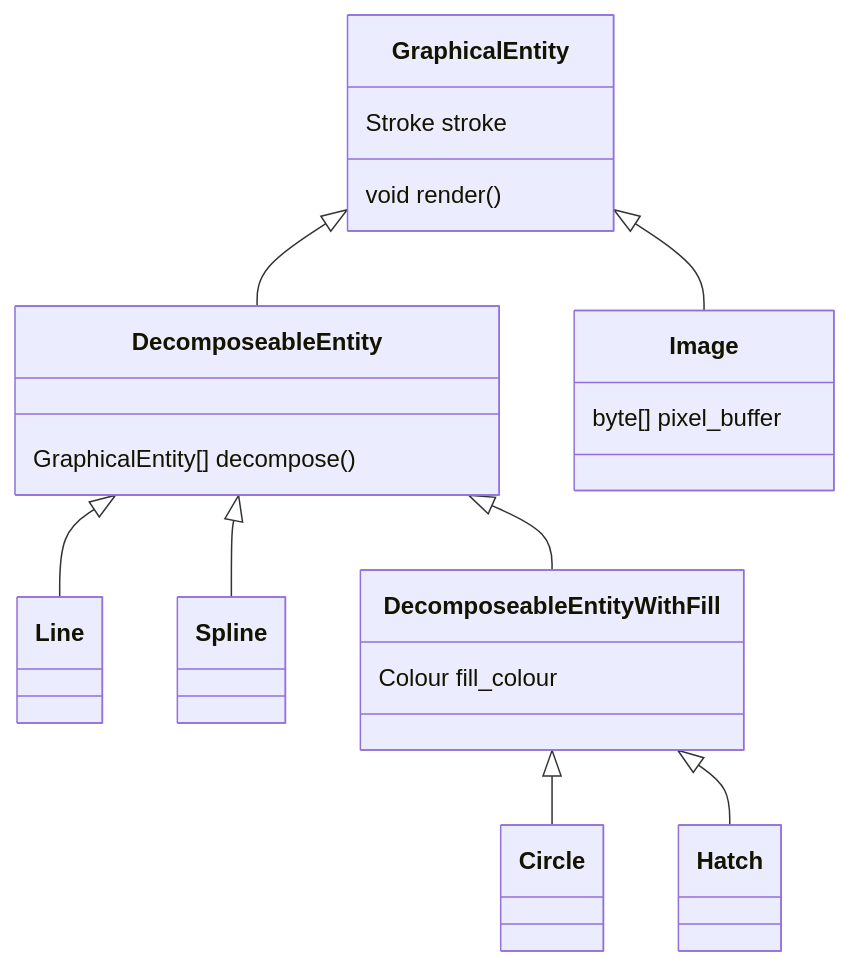
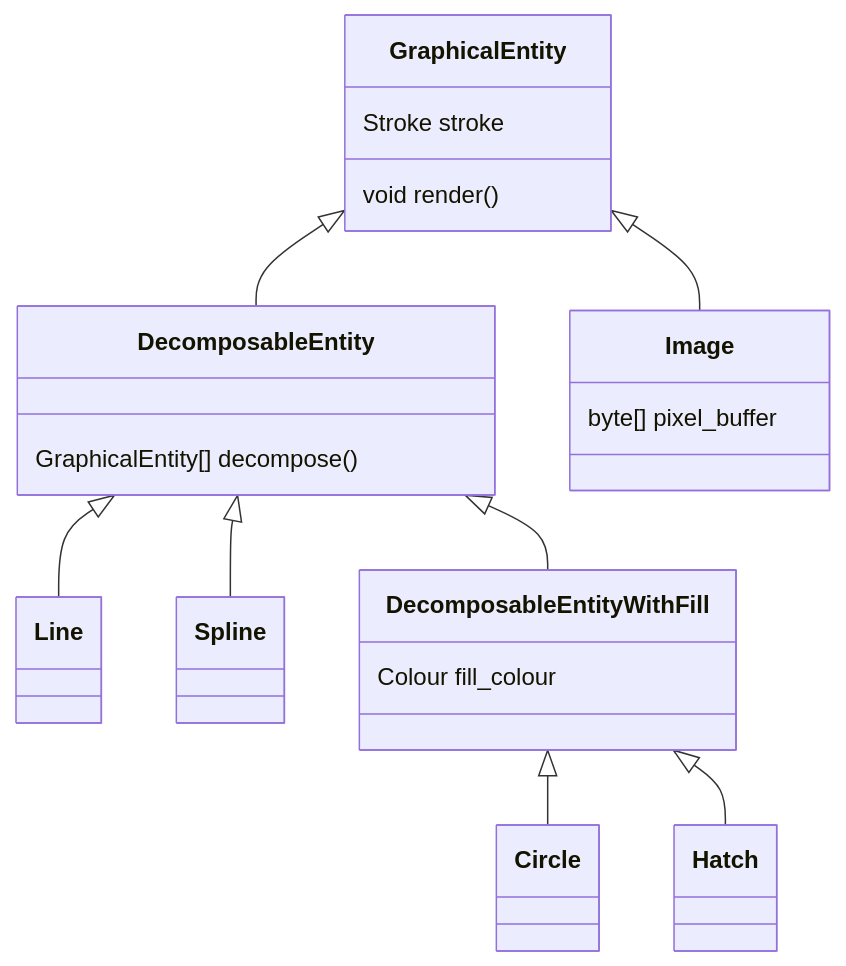
The third of 3 diagrams in content/posts/ecs-outside-of-games.md (Michael-F-Bryan/adventures.michaelfbryan.com), drawn with Mermaid before and after one commit. The commit also changed other lines of this file and 8 other files, not shown here.

```diff
--- a/content/posts/ecs-outside-of-games.md
+++ b/content/posts/ecs-outside-of-games.md
@@ -162,21 +162,21 @@
 {{< mermaid >}}
 classDiagram
-  GraphicalEntity <|-- DecomposeableEntity
+  GraphicalEntity <|-- DecomposableEntity
   GraphicalEntity <|-- Image
 
   GraphicalEntity: Stroke stroke
   GraphicalEntity: void render()
 
-  DecomposeableEntity <|-- Line
-  DecomposeableEntity <|-- Spline
-  DecomposeableEntity <|-- DecomposeableEntityWithFill
-  DecomposeableEntityWithFill <|-- Circle
-  DecomposeableEntityWithFill <|-- Hatch
+  DecomposableEntity <|-- Line
+  DecomposableEntity <|-- Spline
+  DecomposableEntity <|-- DecomposableEntityWithFill
+  DecomposableEntityWithFill <|-- Circle
+  DecomposableEntityWithFill <|-- Hatch
 
-  class DecomposeableEntity {
+  class DecomposableEntity {
     GraphicalEntity[] decompose()
   }
 
   Image: byte[] pixel_buffer
-  DecomposeableEntityWithFill: Colour fill_colour
+  DecomposableEntityWithFill: Colour fill_colour
 {{< /mermaid >}}
```
